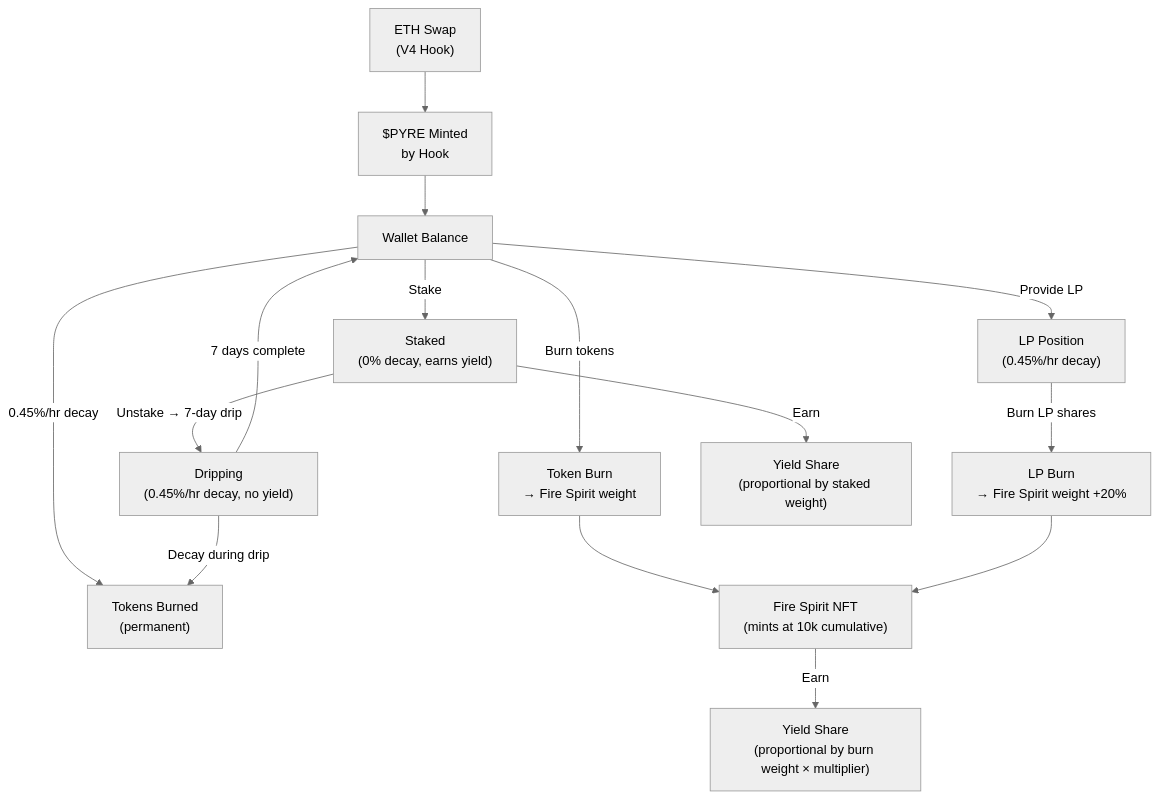
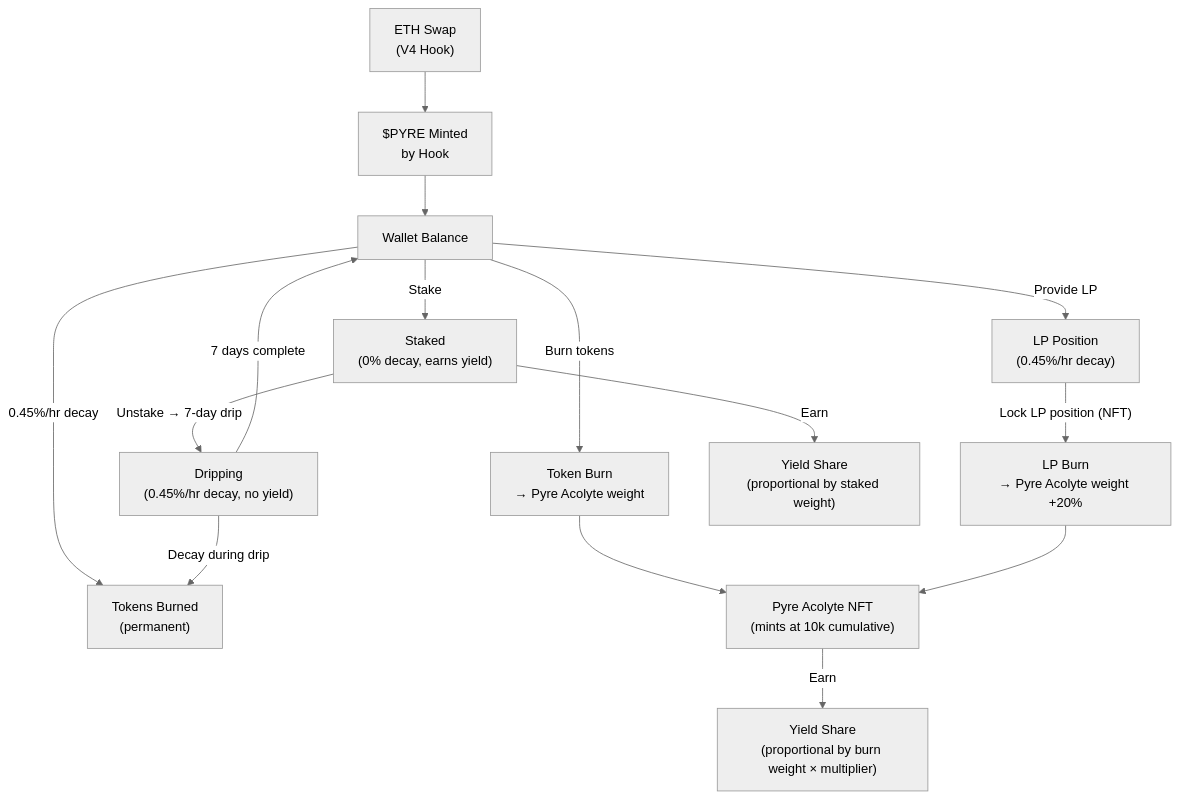
The first of 5 diagrams in MAP.md (DhruvGodambe/pyre-frontend), drawn with Mermaid (neutral theme) before and after one commit. The commit also changed other lines of this file and 66 other files, not shown here.

````diff
--- a/MAP.md
+++ b/MAP.md
@@ -9,21 +9,21 @@
 ```mermaid
 flowchart TD
     SWAP["ETH Swap\n(V4 Hook)"] --> MINT["$PYRE Minted\nby Hook"]
     MINT --> WALLET["Wallet Balance"]
 
     WALLET -->|"0.45%/hr decay"| DECAY["Tokens Burned\n(permanent)"]
     WALLET -->|"Stake"| STAKED["Staked\n(0% decay, earns yield)"]
     WALLET -->|"Provide LP"| LP["LP Position\n(0.45%/hr decay)"]
-    WALLET -->|"Burn tokens"| BURN["Token Burn\n→ Fire Spirit weight"]
-    LP -->|"Burn LP shares"| LPBURN["LP Burn\n→ Fire Spirit weight +20%"]
+    WALLET -->|"Burn tokens"| BURN["Token Burn\n→ Pyre Acolyte weight"]
+    LP -->|"Lock LP position (NFT)"| LPBURN["LP Burn\n→ Pyre Acolyte weight +20%"]
 
-    BURN --> SPIRIT["Fire Spirit NFT\n(mints at 10k cumulative)"]
+    BURN --> SPIRIT["Pyre Acolyte NFT\n(mints at 10k cumulative)"]
     LPBURN --> SPIRIT
 
     STAKED -->|"Unstake → 7-day drip"| DRIP["Dripping\n(0.45%/hr decay, no yield)"]
     DRIP -->|"7 days complete"| WALLET
     DRIP -->|"Decay during drip"| DECAY
 
     STAKED -->|"Earn"| FEES["Yield Share\n(proportional by staked weight)"]
     SPIRIT -->|"Earn"| FEES2["Yield Share\n(proportional by burn weight × multiplier)"]
 ```
````
